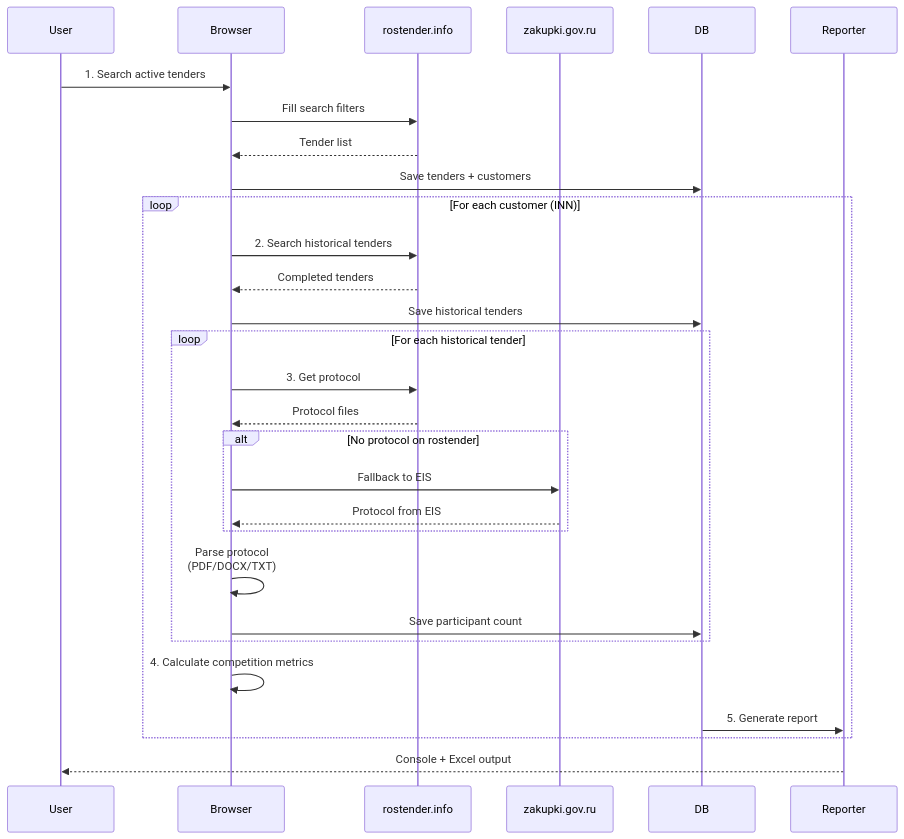
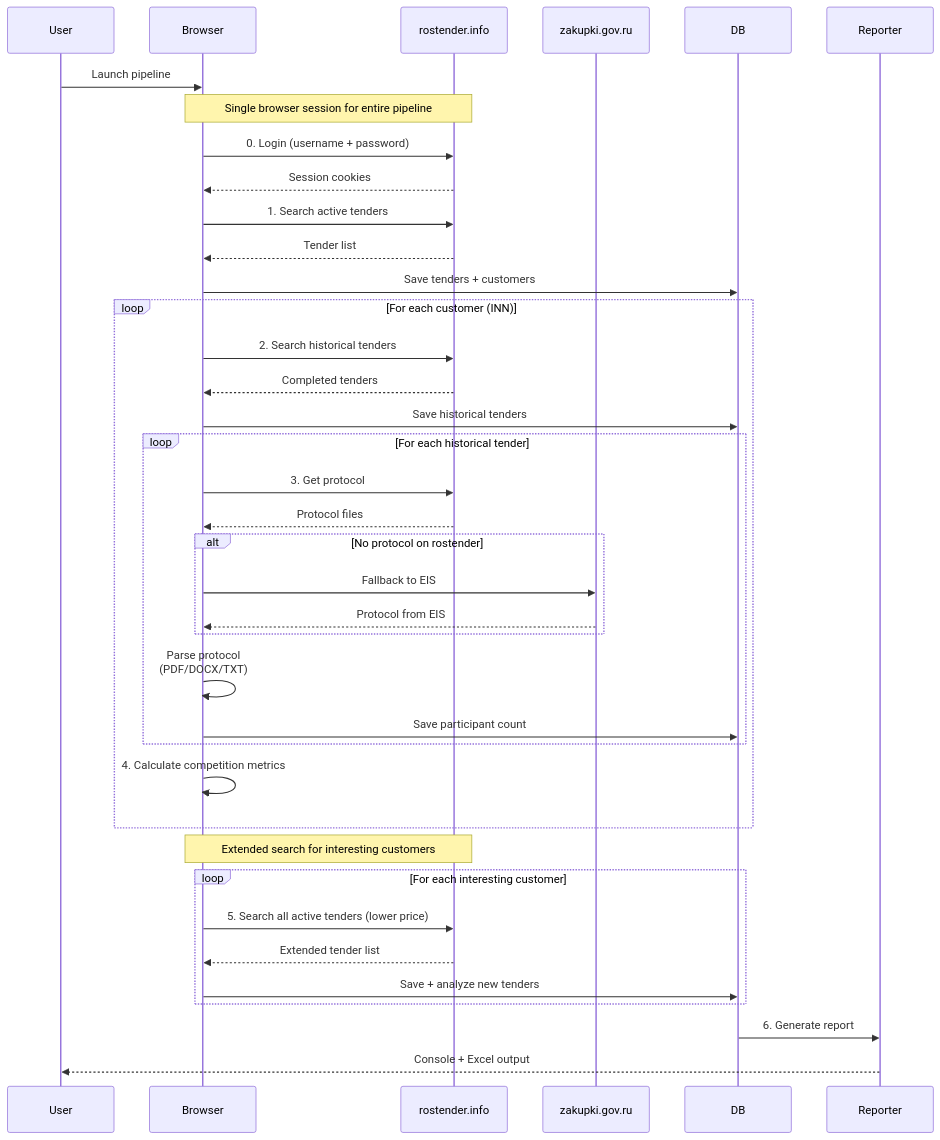
One commit to volk6022/rostender-parse changed the second of 10 diagrams in STRUCTURE.md. Above: the diagram before and after it, drawn with Mermaid. The commit also changed other lines of this file and 8 other files, not shown here.

````diff
--- a/STRUCTURE.md
+++ b/STRUCTURE.md
@@ -65,38 +75,52 @@
 ```mermaid
 sequenceDiagram
     participant User
     participant Browser
     participant rostender as rostender.info
     participant eis as zakupki.gov.ru
     participant DB
     participant Reporter
 
-    User->>Browser: 1. Search active tenders
-    Browser->>rostender: Fill search filters
+    User->>Browser: Launch pipeline
+
+    Note over Browser,rostender: Single browser session for entire pipeline
+
+    Browser->>rostender: 0. Login (username + password)
+    rostender-->>Browser: Session cookies
+
+    Browser->>rostender: 1. Search active tenders
     rostender-->>Browser: Tender list
     Browser->>DB: Save tenders + customers
 
     loop For each customer (INN)
         Browser->>rostender: 2. Search historical tenders
         rostender-->>Browser: Completed tenders
         Browser->>DB: Save historical tenders
 
         loop For each historical tender
             Browser->>rostender: 3. Get protocol
             rostender-->>Browser: Protocol files
             
             alt No protocol on rostender
                 Browser->>eis: Fallback to EIS
                 eis-->>Browser: Protocol from EIS
             end
             
             Browser->>Browser: Parse protocol<br/>(PDF/DOCX/TXT)
             Browser->>DB: Save participant count
         end
         
         Browser->>Browser: 4. Calculate competition metrics
-        DB->>Reporter: 5. Generate report
     end
 
+    Note over Browser,rostender: Extended search for interesting customers
+
+    loop For each interesting customer
+        Browser->>rostender: 5. Search all active tenders (lower price)
+        rostender-->>Browser: Extended tender list
+        Browser->>DB: Save + analyze new tenders
+    end
+
+    DB->>Reporter: 6. Generate report
     Reporter-->>User: Console + Excel output
 ```
````
